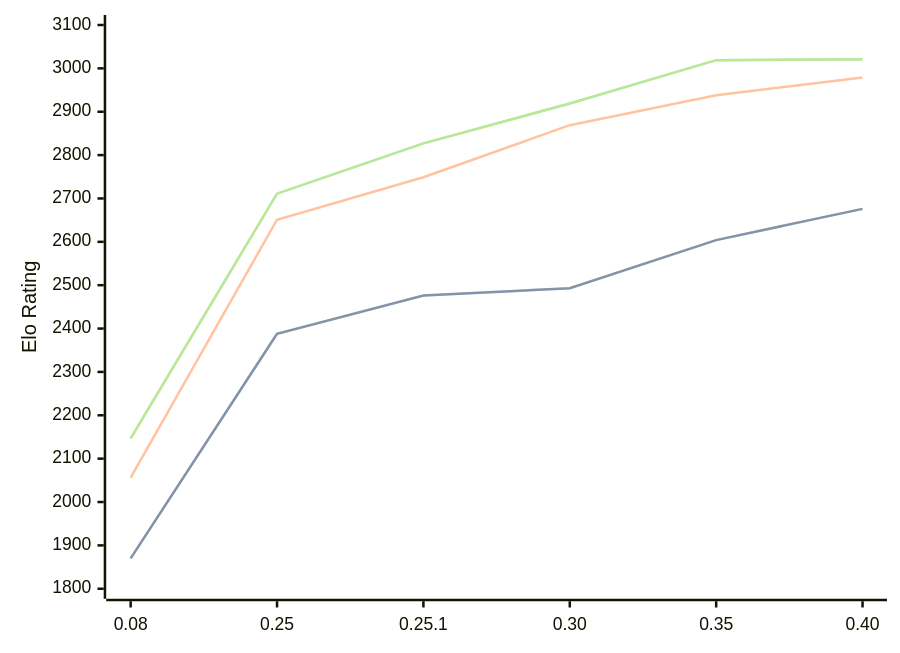
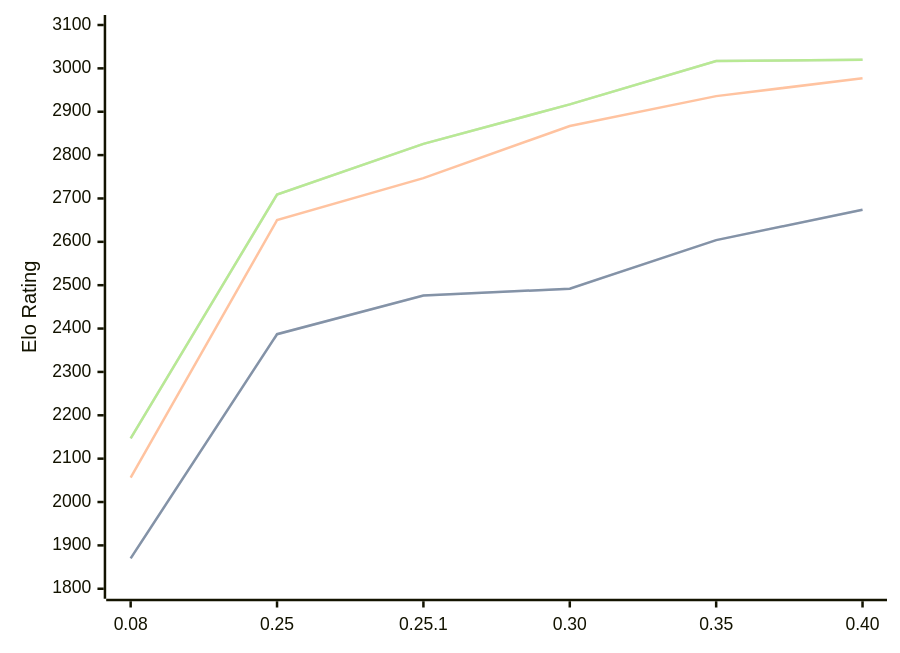
The third of 3 diagrams in engines/Gecko.md (computer-chess-index/cci), drawn with Mermaid before and after one commit. The commit also changed other lines of this file, not shown here.

Commit message:
Update CCI Ratings (ELO VLTC) - 2026-07-15

````diff
--- a/engines/Gecko.md
+++ b/engines/Gecko.md
@@ -69,11 +69,11 @@
 ```mermaid
 %%{init: {"theme":"base","themeVariables":{"seriesColors:['#a3a3a3','#222221','#faa371']}}}%%
 xychart-beta
   x-axis ["0.08", "0.25", "0.25.1", "0.30", "0.35", "0.40"]
   y-axis "Elo Rating" 1800 --> 3100
-  line "STC (8.0+0.08s)" [1870, 2388, 2476, 2493, 2604, 2676]
-  line "STC (8.0+0.08s)" [1870, 2388, 2476, 2493, 2604, 2676]
-  line "LTC (60.0+0.60s)" [2056, 2651, 2749, 2869, 2938, 2979]
-  line "VLTC (2m24s+1.12s)" [2147, 2711, 2827, 2919, 3019, 3021]
-  line "VLTC (2m24s+1.12s)" [2147, 2711, 2827, 2919, 3019, 3021]
+  line "STC (8.0+0.08s)" [1870, 2387, 2476, 2492, 2604, 2674]
+  line "STC (8.0+0.08s)" [1870, 2387, 2476, 2492, 2604, 2674]
+  line "LTC (60.0+0.60s)" [2056, 2650, 2747, 2867, 2936, 2977]
+  line "VLTC (2m24s+1.12s)" [2147, 2709, 2826, 2917, 3017, 3020]
+  line "VLTC (2m24s+1.12s)" [2147, 2709, 2826, 2917, 3017, 3020]
 ```
````
